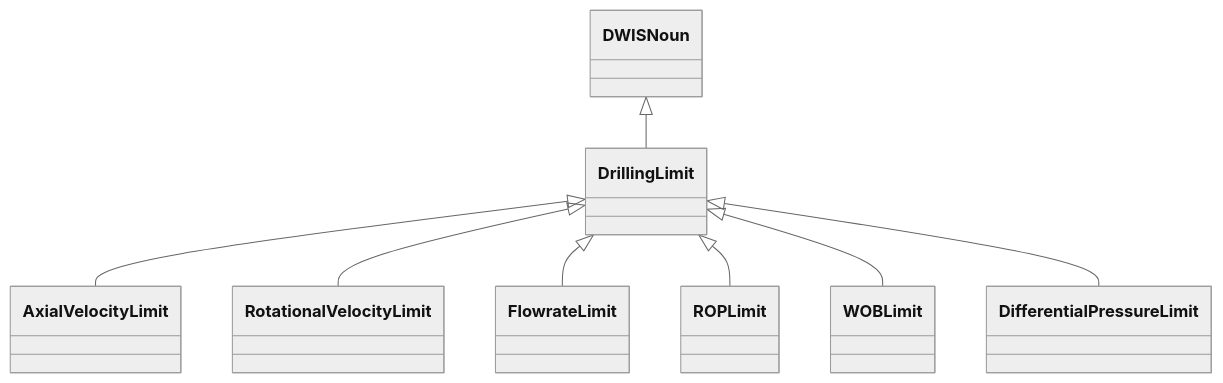
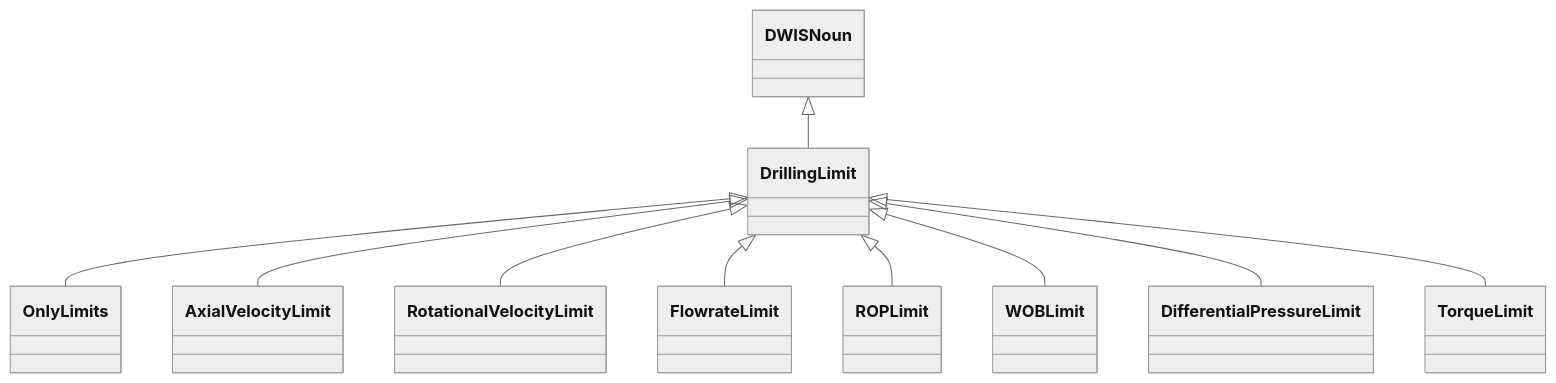
Before and after one commit to D-WIS/DDHub-Semantic-Interoperability: the first of 12 diagrams in docs/vocabulary_development/auto-generated/md/definition-files/DrillingLimit.md, drawn with Mermaid (neutral theme). The commit also changed other lines of this file and 13 other files, not shown here.

````diff
--- a/docs/vocabulary_development/auto-generated/md/definition-files/DrillingLimit.md
+++ b/docs/vocabulary_development/auto-generated/md/definition-files/DrillingLimit.md
@@ -8,10 +8,12 @@
 ```mermaid
 classDiagram
 DWISNoun <|-- DrillingLimit
+DrillingLimit <|-- OnlyLimits
 DrillingLimit <|-- AxialVelocityLimit
 DrillingLimit <|-- RotationalVelocityLimit
 DrillingLimit <|-- FlowrateLimit
 DrillingLimit <|-- ROPLimit
 DrillingLimit <|-- WOBLimit
 DrillingLimit <|-- DifferentialPressureLimit
+DrillingLimit <|-- TorqueLimit
 ```
````
